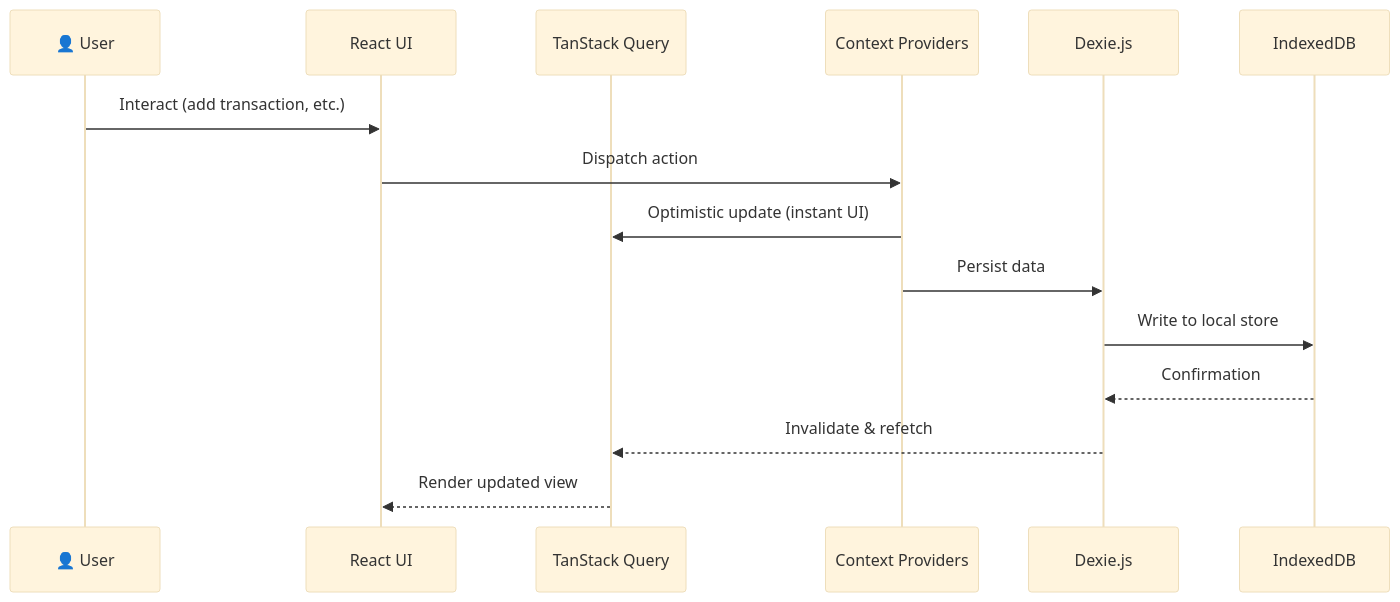
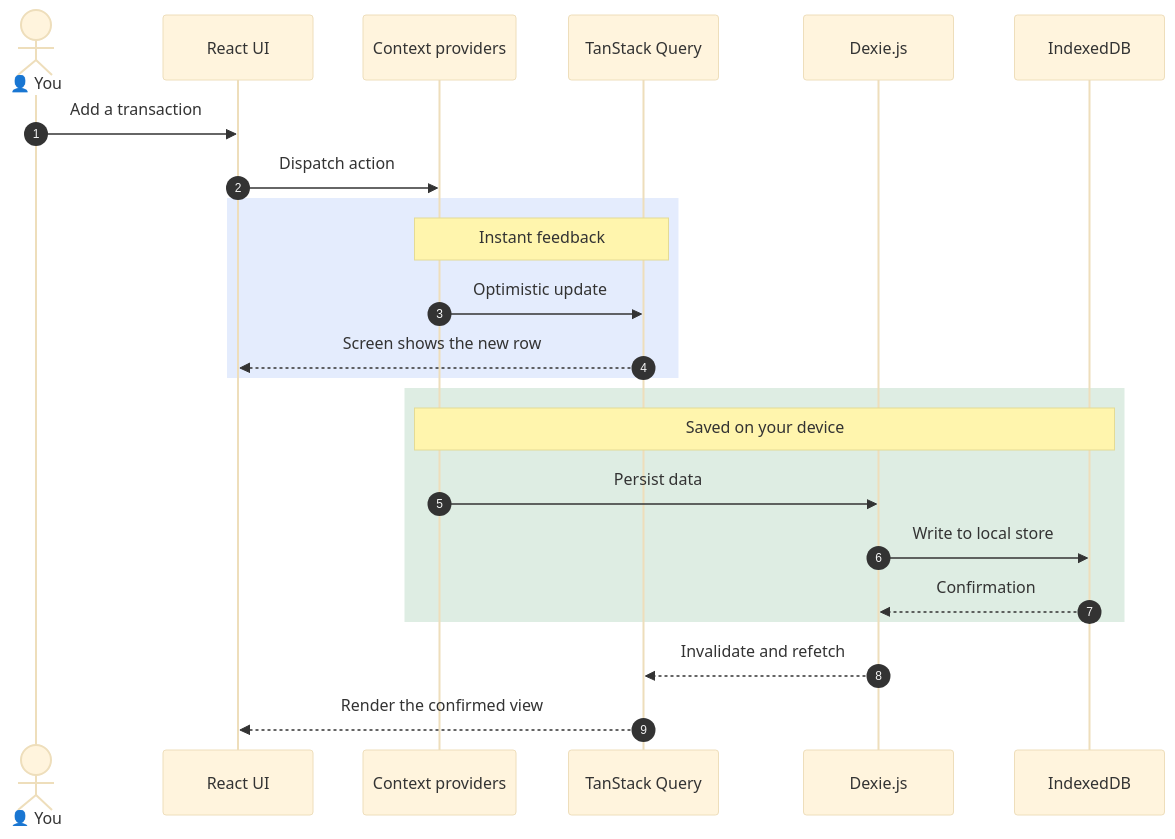
The eighth of 12 diagrams in documentation/ARCHITECTURE.md (nrajesh/vaulted.money), drawn with Mermaid (base theme) before and after one commit. The commit also changed other lines of this file and 4 other files, not shown here.

First line of the commit message:
Refresh README and architecture docs, add documentation map

````diff
--- a/documentation/ARCHITECTURE.md
+++ b/documentation/ARCHITECTURE.md
@@ -291,18 +275,26 @@
 ```mermaid
 sequenceDiagram
-    participant U as 👤 User
+    autonumber
+    actor U as 👤 You
     participant UI as React UI
+    participant Ctx as Context providers
     participant TQ as TanStack Query
-    participant Ctx as Context Providers
     participant Dex as Dexie.js
     participant IDB as IndexedDB
 
-    U->>UI: Interact (add transaction, etc.)
+    U->>UI: Add a transaction
     UI->>Ctx: Dispatch action
-    Ctx->>TQ: Optimistic update (instant UI)
+    rect rgba(37, 99, 235, 0.12)
+    Note over Ctx,TQ: Instant feedback
+    Ctx->>TQ: Optimistic update
+    TQ-->>UI: Screen shows the new row
+    end
+    rect rgba(21, 128, 61, 0.14)
+    Note over Ctx,IDB: Saved on your device
     Ctx->>Dex: Persist data
     Dex->>IDB: Write to local store
     IDB-->>Dex: Confirmation
-    Dex-->>TQ: Invalidate & refetch
-    TQ-->>UI: Render updated view
+    end
+    Dex-->>TQ: Invalidate and refetch
+    TQ-->>UI: Render the confirmed view
 ```
````
